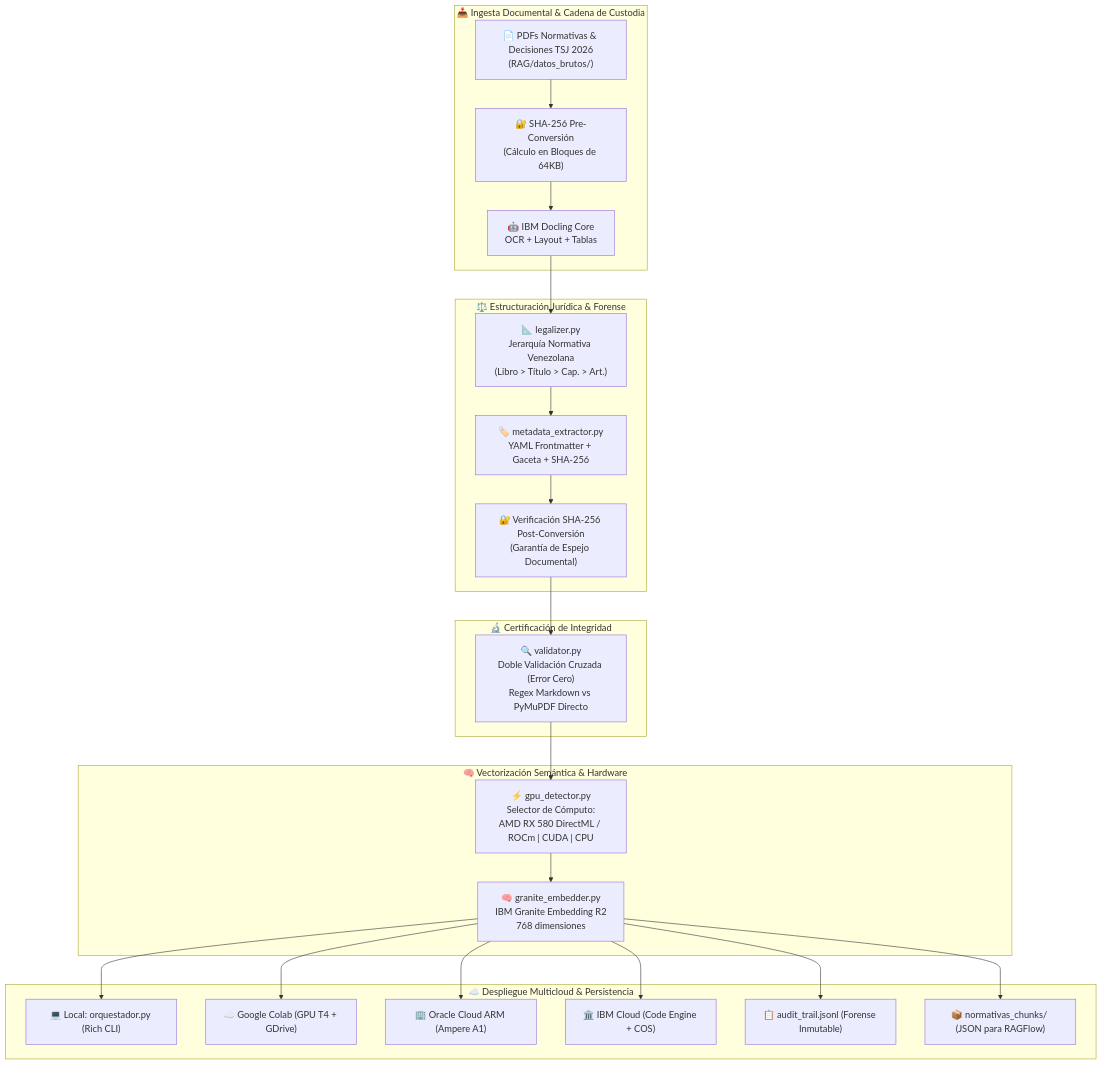
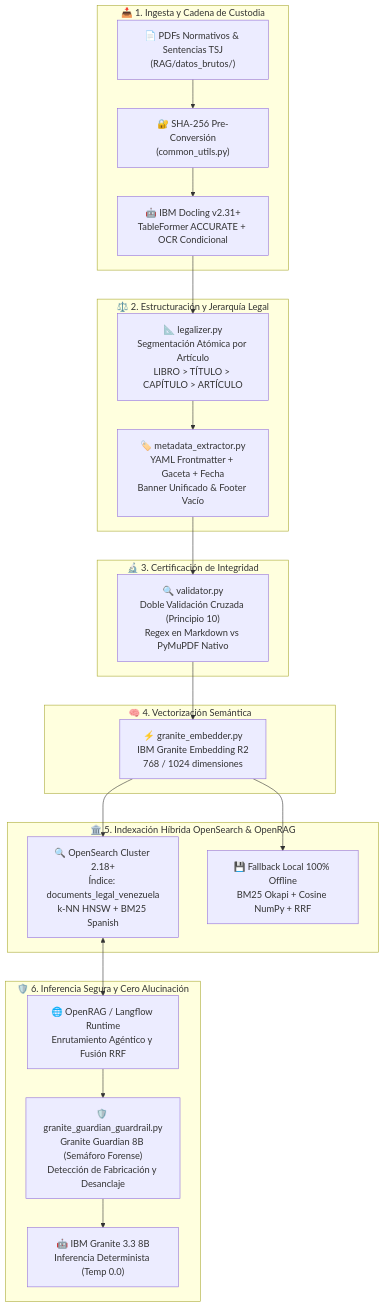
Before and after one commit to julljoll/JullBrain: the diagram in README.md, drawn with Mermaid. The commit also changed other lines of this file and 9 other files, not shown here.

````diff
--- a/README.md
+++ b/README.md
@@ -122,49 +159,40 @@
 ```mermaid
 flowchart TB
-    subgraph INPUT["📥 Ingesta Documental & Cadena de Custodia"]
-        PDF["📄 PDFs Normativas & Decisiones TSJ 2026\n(RAG/datos_brutos/)"]
-        HASH_PRE["🔐 SHA-256 Pre-Conversión\n(Cálculo en Bloques de 64KB)"]
-        DOC["🤖 IBM Docling Core\nOCR + Layout + Tablas"]
+    subgraph INGESTA["📥 1. Ingesta y Cadena de Custodia"]
+        PDF["📄 PDFs Normativos & Sentencias TSJ\n(RAG/datos_brutos/)"]
+        HASH_PRE["🔐 SHA-256 Pre-Conversión\n(common_utils.py)"]
+        DOC["🤖 IBM Docling v2.31+\nTableFormer ACCURATE + OCR Condicional"]
         PDF --> HASH_PRE --> DOC
     end
 
-    subgraph STRUCT["⚖️ Estructuración Jurídica & Forense"]
-        LEG["📐 legalizer.py\nJerarquía Normativa Venezolana\n(Libro > Título > Cap. > Art.)"]
-        META["🏷️ metadata_extractor.py\nYAML Frontmatter + Gaceta + SHA-256"]
-        HASH_POST["🔐 Verificación SHA-256 Post-Conversión\n(Garantía de Espejo Documental)"]
-        DOC --> LEG --> META --> HASH_POST
+    subgraph STRUCT["⚖️ 2. Estructuración y Jerarquía Legal"]
+        LEG["📐 legalizer.py\nSegmentación Atómica por Artículo\nLIBRO > TÍTULO > CAPÍTULO > ARTÍCULO"]
+        META["🏷️ metadata_extractor.py\nYAML Frontmatter + Gaceta + Fecha\nBanner Unificado & Footer Vacío"]
+        DOC --> LEG --> META
     end
 
-    subgraph QA["🔬 Certificación de Integridad"]
-        VAL["🔍 validator.py\nDoble Validación Cruzada (Error Cero)\nRegex Markdown vs PyMuPDF Directo"]
-        HASH_POST --> VAL
+    subgraph QA["🔬 3. Certificación de Integridad"]
+        VAL["🔍 validator.py\nDoble Validación Cruzada (Principio 10)\nRegex en Markdown vs PyMuPDF Nativo"]
+        META --> VAL
     end
 
-    subgraph VECTOR["🧠 Vectorización Semántica & Hardware"]
-        HW["⚡ gpu_detector.py\nSelector de Cómputo:\nAMD RX 580 DirectML / ROCm | CUDA | CPU"]
-        EMB["🧠 granite_embedder.py\nIBM Granite Embedding R2\n768 dimensiones"]
-        VAL --> HW --> EMB
+    subgraph VECTOR["🧠 4. Vectorización Semántica"]
+        EMB["⚡ granite_embedder.py\nIBM Granite Embedding R2\n768 / 1024 dimensiones"]
+        VAL --> EMB
     end
 
-    subgraph CLOUD["☁️ Despliegue Multicloud & Persistencia"]
-        LOCAL["💻 Local: orquestador.py (Rich CLI)"]
-        COLAB["☁️ Google Colab (GPU T4 + GDrive)"]
-        ORACLE["🏢 Oracle Cloud ARM (Ampere A1)"]
-        IBM["🏛️ IBM Cloud (Code Engine + COS)"]
-        AUDIT["📋 audit_trail.jsonl (Forense Inmutable)"]
-        RAGFLOW["📦 normativas_chunks/ (JSON para RAGFlow)"]
-        
+    subgraph STORE["🏛️ 5. Indexación Híbrida OpenSearch & OpenRAG"]
+        OS["🔍 OpenSearch Cluster 2.18+\nÍndice: documents_legal_venezuela\nk-NN HNSW + BM25 Spanish"]
+        LOCAL["💾 Fallback Local 100% Offline\nBM25 Okapi + Cosine NumPy + RRF"]
+        EMB --> OS
         EMB --> LOCAL
-        EMB --> COLAB
-        EMB --> ORACLE
-        EMB --> IBM
-        EMB --> AUDIT
-        EMB --> RAGFLOW
     end
 
-    classDef phase1 fill:#0d1117,stroke:#58a6ff,color:#f0f6fc
-    classDef phase2 fill:#0d1117,stroke:#f2cc60,color:#f0f6fc
-    classDef phase3 fill:#0d1117,stroke:#ff6b6b,color:#f0f6fc
-    classDef phase4 fill:#0d1117,stroke:#7b3fe4,color:#f0f6fc
-    classDef phase5 fill:#0d1117,stroke:#00ff41,color:#f0f6fc
+    subgraph GUARD["🛡️ 6. Inferencia Segura y Cero Alucinación"]
+        OPENRAG["🌐 OpenRAG / Langflow Runtime\nEnrutamiento Agéntico y Fusión RRF"]
+        GUARDIAN["🛡️ granite_guardian_guardrail.py\nGranite Guardian 8B (Semáforo Forense)\nDetección de Fabricación y Desanclaje"]
+        LLM["🤖 IBM Granite 3.3 8B\nInferencia Determinista (Temp 0.0)"]
+        OS <--> OPENRAG
+        OPENRAG --> GUARDIAN --> LLM
+    end
 ```
````
